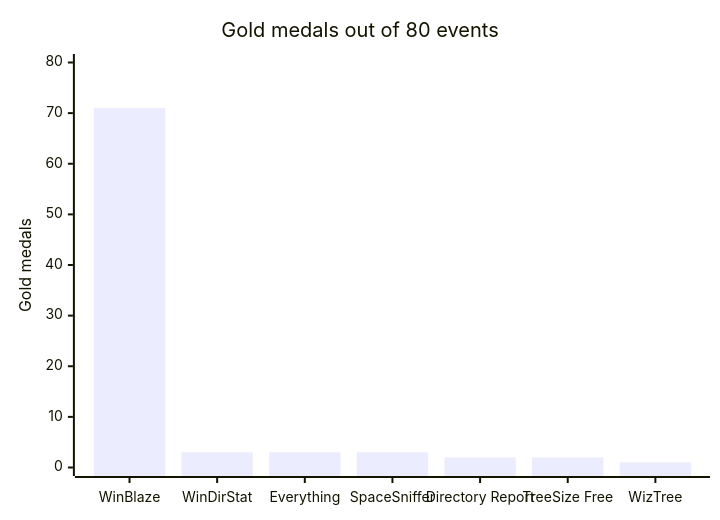
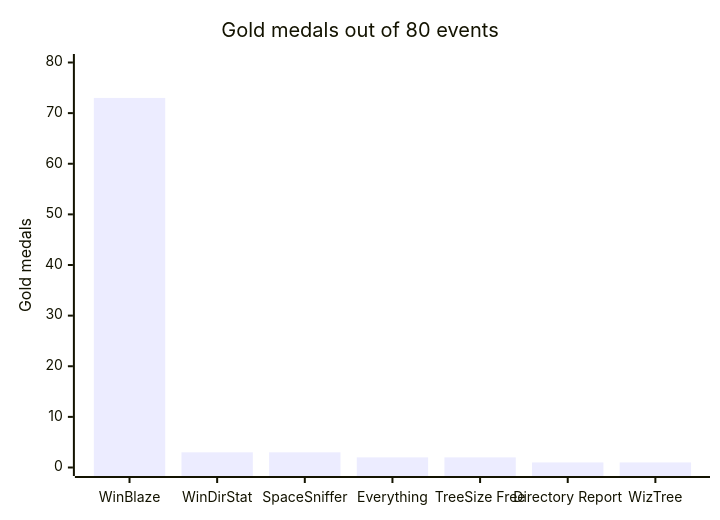
The first of 7 diagrams in README.md (marksmayo/WinBlaze), drawn with Mermaid before and after one commit. The commit also changed other lines of this file, not shown here.

````diff
--- a/README.md
+++ b/README.md
@@ -41,7 +41,7 @@
 ```mermaid
 xychart-beta
     title "Gold medals out of 80 events"
-    x-axis ["WinBlaze", "WinDirStat", "Everything", "SpaceSniffer", "Directory Report", "TreeSize Free", "WizTree"]
+    x-axis ["WinBlaze", "WinDirStat", "SpaceSniffer", "Everything", "TreeSize Free", "Directory Report", "WizTree"]
     y-axis "Gold medals" 0 --> 80
-    bar [71, 3, 3, 3, 2, 2, 1]
+    bar [73, 3, 3, 2, 2, 1, 1]
 ```
````
